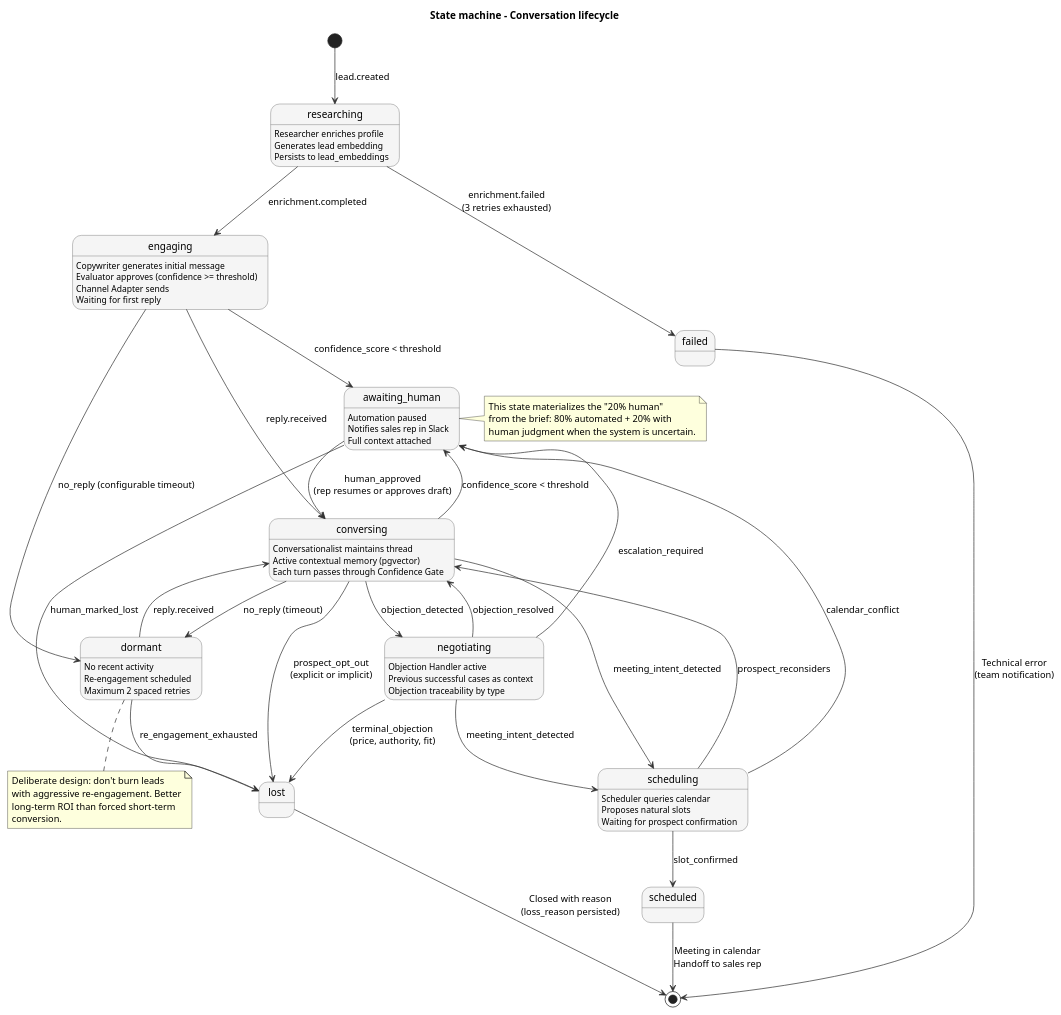
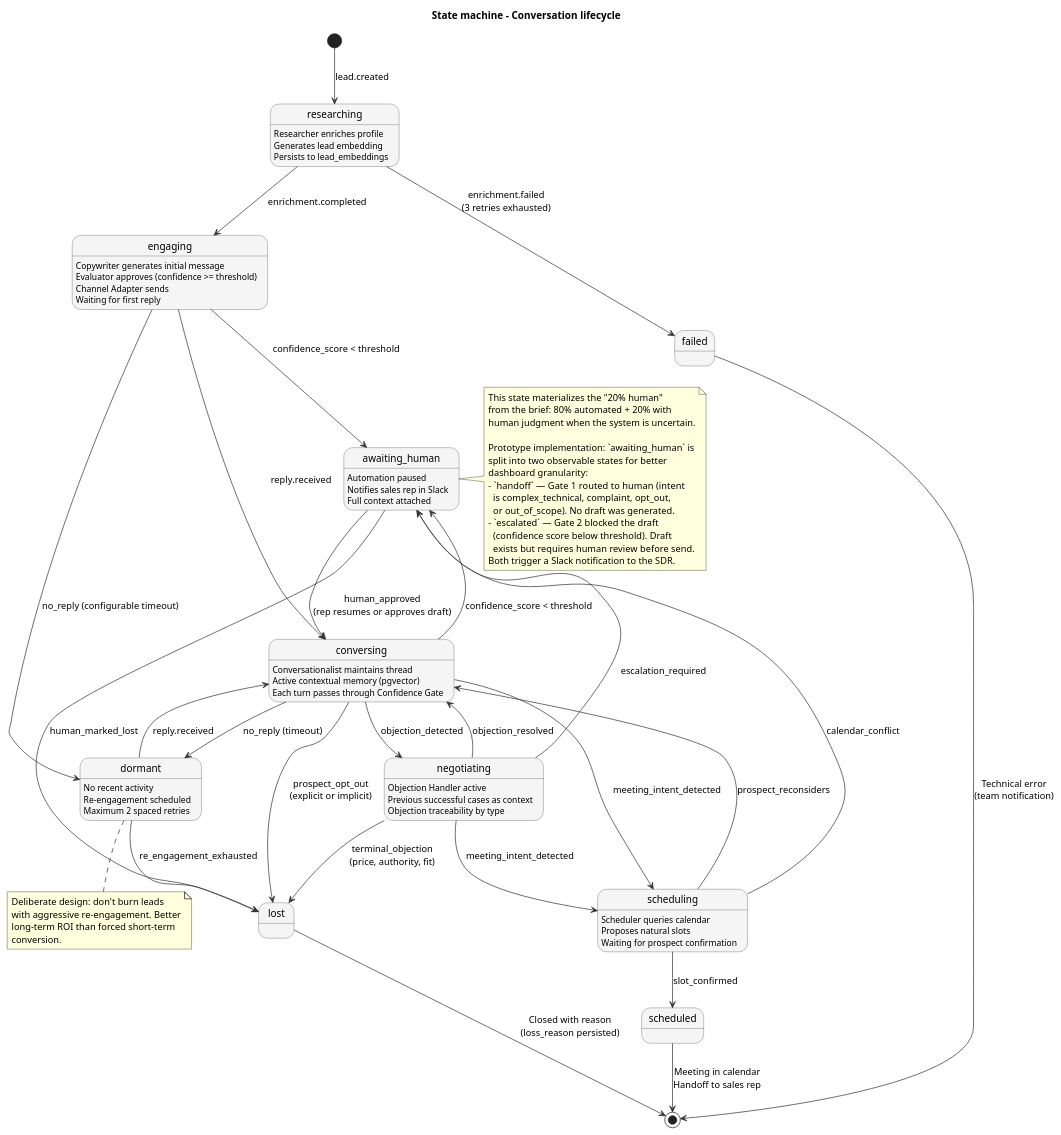
One commit to esyepesv/zolvo-prototype changed the fifth of 5 diagrams in docs/arquitectura-zolvo.md. Above: the diagram before and after it, drawn with PlantUML. The commit also changed 1 other file, not shown here.

Commit message:
fix: address residual evaluator criticisms — Dockerfile completeness and state machine alignment
Dockerfile:
- Add COPY for demo/, supabase/, n8n/ so that
  `docker run zolvo-api python demo/run_happy_path.py` works without errors.
  Container remains API-first; demo artefacts are included for completeness.

docs/arquitectura-zolvo.md §8:
- Add implementation note on awaiting_human: the prototype splits this design
  state into `handoff` (Gate 1 routed, no draft) and `escalated` (Gate 2 blocked,
  draft pending review). Eliminates the apparent inconsistency between design
  doc and Orchestrator code.

```diff
--- a/docs/arquitectura-zolvo.md
+++ b/docs/arquitectura-zolvo.md
@@ -644,6 +644,17 @@
   This state materializes the "20% human"
   from the brief: 80% automated + 20% with
   human judgment when the system is uncertain.
+
+  Prototype implementation: `awaiting_human` is
+  split into two observable states for better
+  dashboard granularity:
+  - `handoff`  — Gate 1 routed to human (intent
+    is complex_technical, complaint, opt_out,
+    or out_of_scope). No draft was generated.
+  - `escalated` — Gate 2 blocked the draft
+    (confidence score below threshold). Draft
+    exists but requires human review before send.
+  Both trigger a Slack notification to the SDR.
 end note
 
 note bottom of dormant
```
